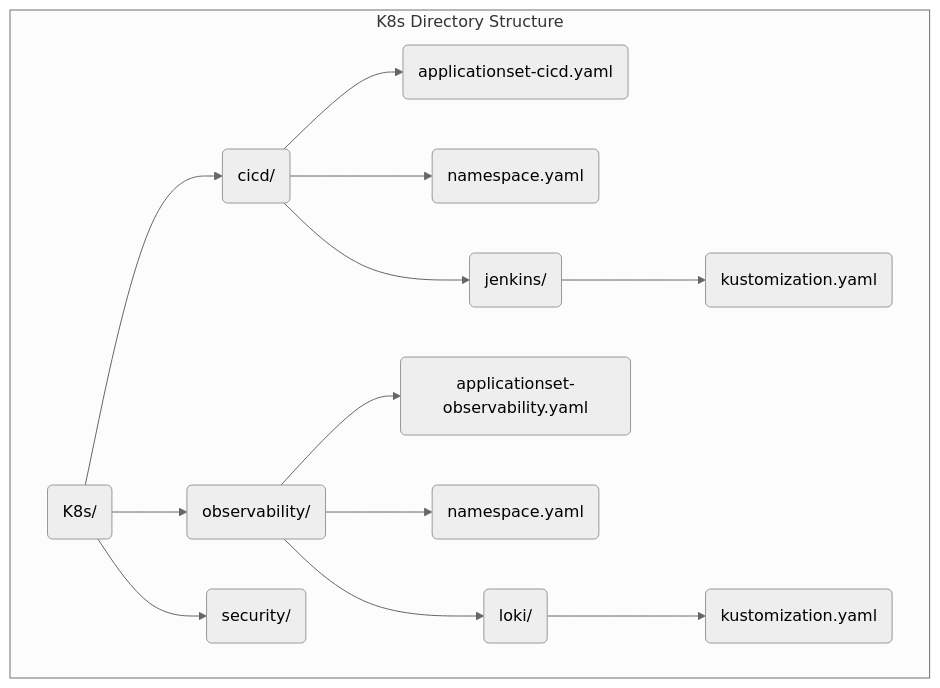
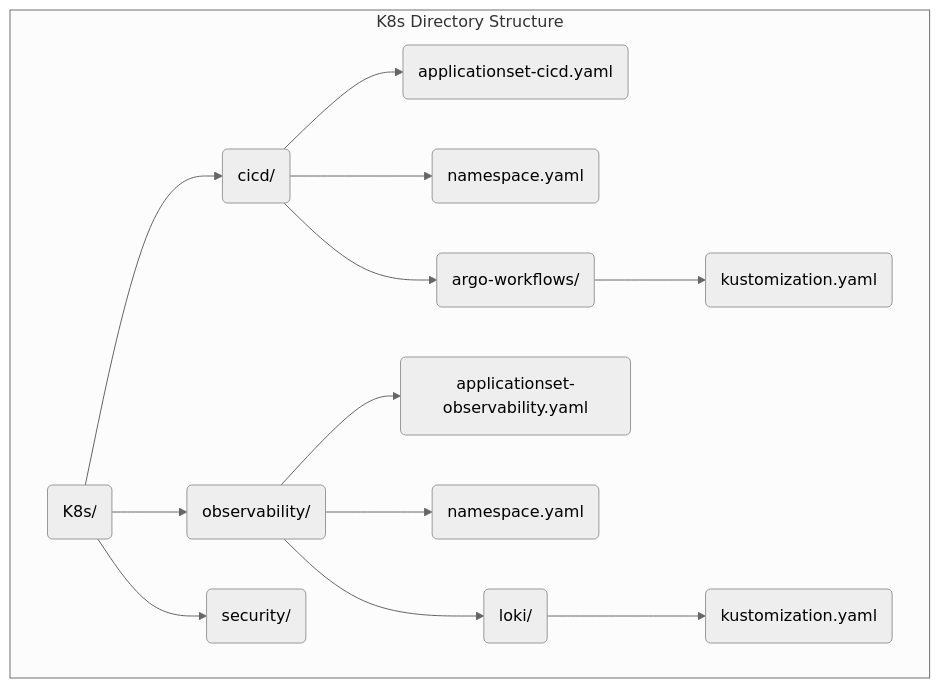
Before and after one commit to rou-cru/idp-blueprint: the second of 3 diagrams in K8s/ARCHITECTURE.md, drawn with Mermaid (neutral theme). The commit also changed other lines of this file and 10 other files, not shown here.

Commit message:
docs(project): update architecture and developer UX

````diff
--- a/K8s/ARCHITECTURE.md
+++ b/K8s/ARCHITECTURE.md
@@ -72,18 +72,18 @@
 ```mermaid
 graph TD
     subgraph K8s Directory Structure
         A(K8s/) --> B(cicd/);
         A --> C(observability/);
         A --> D(security/);
 
         B --> B1(applicationset-cicd.yaml);
         B --> B2(namespace.yaml);
-        B --> B3(jenkins/);
+        B --> B3(argo-workflows/);
         B3 --> B3a(kustomization.yaml);
 
         C --> C1(applicationset-observability.yaml);
         C --> C2(namespace.yaml);
         C --> C3(loki/);
         C3 --> C3a(kustomization.yaml);
     end
 ```
````
